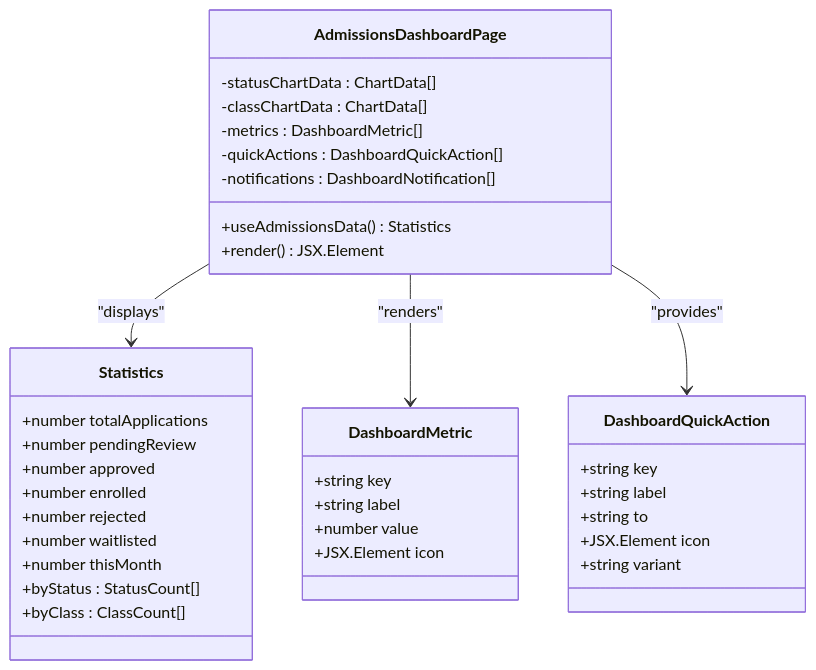
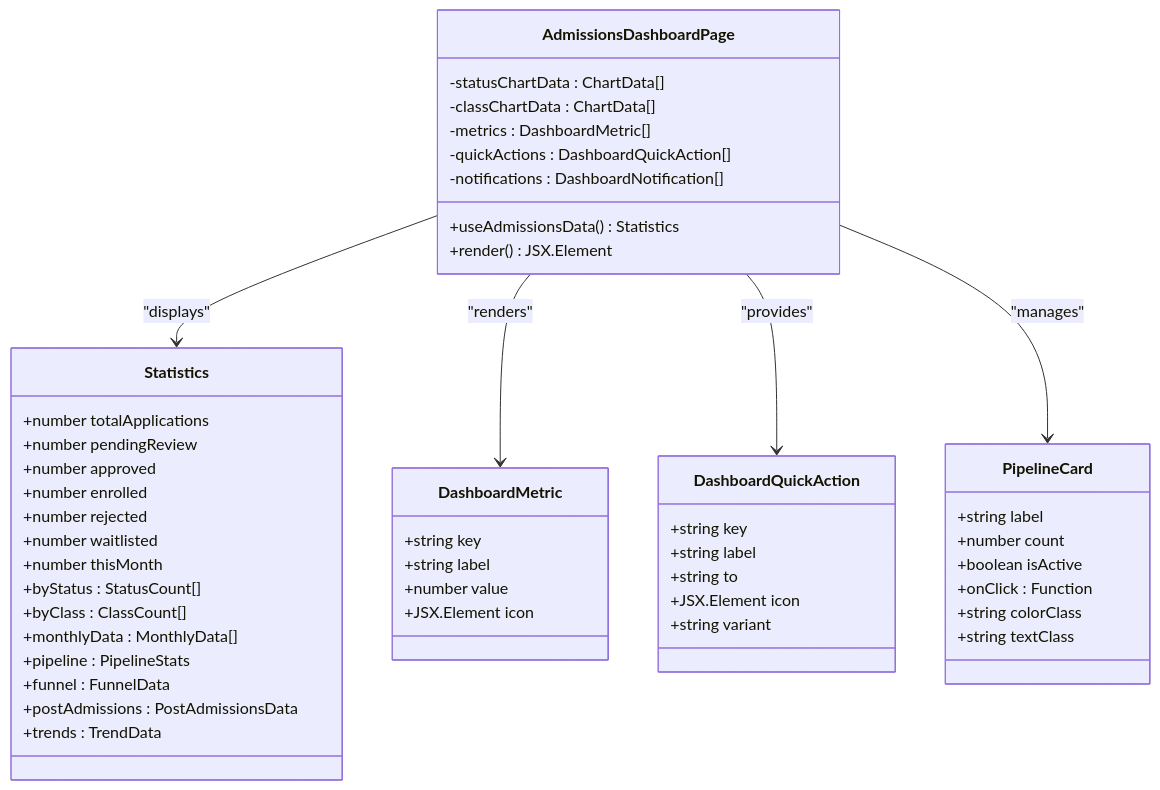
Before and after one commit to geniusdynamics/schoolpilot: diagram 12 of 15 in .qoder/repowiki/en/content/Admissions Module.md, drawn with Mermaid. The commit also changed other lines of this file and 54 other files, not shown here.

````diff
--- a/.qoder/repowiki/en/content/Admissions Module.md
+++ b/.qoder/repowiki/en/content/Admissions Module.md
@@ -362,39 +566,53 @@
 ```mermaid
 classDiagram
 class AdmissionsDashboardPage {
 +useAdmissionsData() Statistics
 +render() JSX.Element
 -statusChartData : ChartData[]
 -classChartData : ChartData[]
 -metrics : DashboardMetric[]
 -quickActions : DashboardQuickAction[]
 -notifications : DashboardNotification[]
 }
 class Statistics {
 +number totalApplications
 +number pendingReview
 +number approved
 +number enrolled
 +number rejected
 +number waitlisted
 +number thisMonth
 +byStatus : StatusCount[]
 +byClass : ClassCount[]
++monthlyData : MonthlyData[]
++pipeline : PipelineStats
++funnel : FunnelData
++postAdmissions : PostAdmissionsData
++trends : TrendData
 }
 class DashboardMetric {
 +string key
 +string label
 +number value
 +JSX.Element icon
 }
 class DashboardQuickAction {
 +string key
 +string label
 +string to
 +JSX.Element icon
 +string variant
 }
+class PipelineCard {
++string label
++number count
++boolean isActive
++onClick : Function
++string colorClass
++string textClass
+}
 AdmissionsDashboardPage --> Statistics : "displays"
 AdmissionsDashboardPage --> DashboardMetric : "renders"
 AdmissionsDashboardPage --> DashboardQuickAction : "provides"
+AdmissionsDashboardPage --> PipelineCard : "manages"
 ```
````
